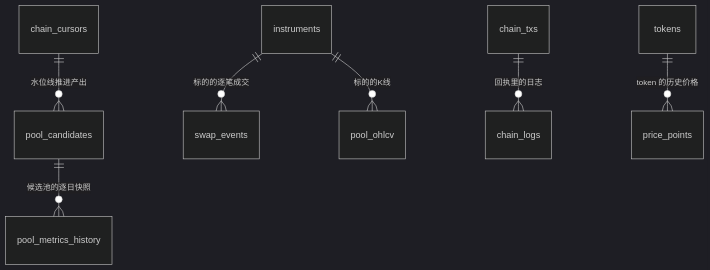
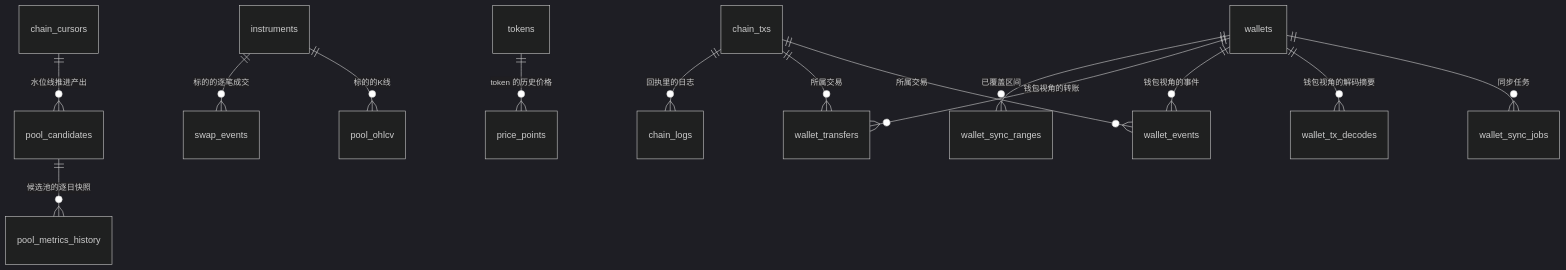
Before and after one commit to chenhouzhenjob/alpha-research-engine: the diagram in SCHEMA.md, drawn with Mermaid (dark theme). The commit also changed other lines of this file and 9 other files, not shown here.

````diff
--- a/SCHEMA.md
+++ b/SCHEMA.md
@@ -39,9 +45,16 @@
 ```mermaid
 erDiagram
     chain_cursors ||--o{ pool_candidates : "水位线推进产出"
     pool_candidates ||--o{ pool_metrics_history : "候选池的逐日快照"
     instruments ||--o{ swap_events : "标的的逐笔成交"
     instruments ||--o{ pool_ohlcv : "标的的K线"
     chain_txs ||--o{ chain_logs : "回执里的日志"
     tokens ||--o{ price_points : "token 的历史价格"
+    wallets ||--o{ wallet_sync_ranges : "已覆盖区间"
+    wallets ||--o{ wallet_transfers : "钱包视角的转账"
+    wallets ||--o{ wallet_events : "钱包视角的事件"
+    wallets ||--o{ wallet_tx_decodes : "钱包视角的解码摘要"
+    wallets ||--o{ wallet_sync_jobs : "同步任务"
+    chain_txs ||--o{ wallet_transfers : "所属交易"
+    chain_txs ||--o{ wallet_events : "所属交易"
 ```
````
